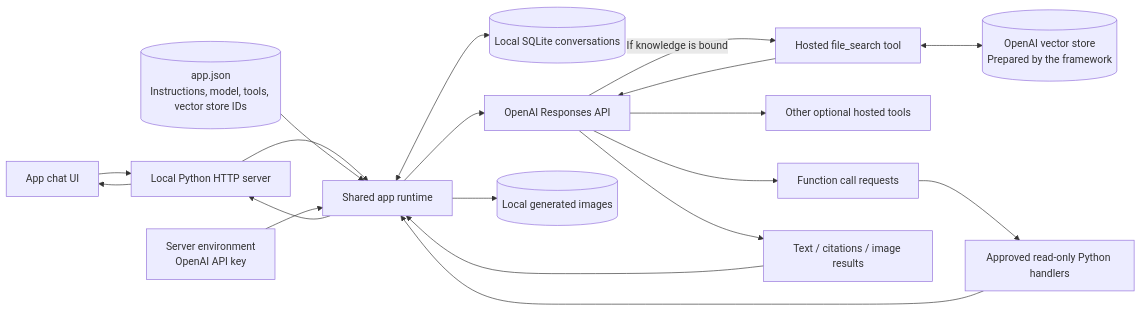
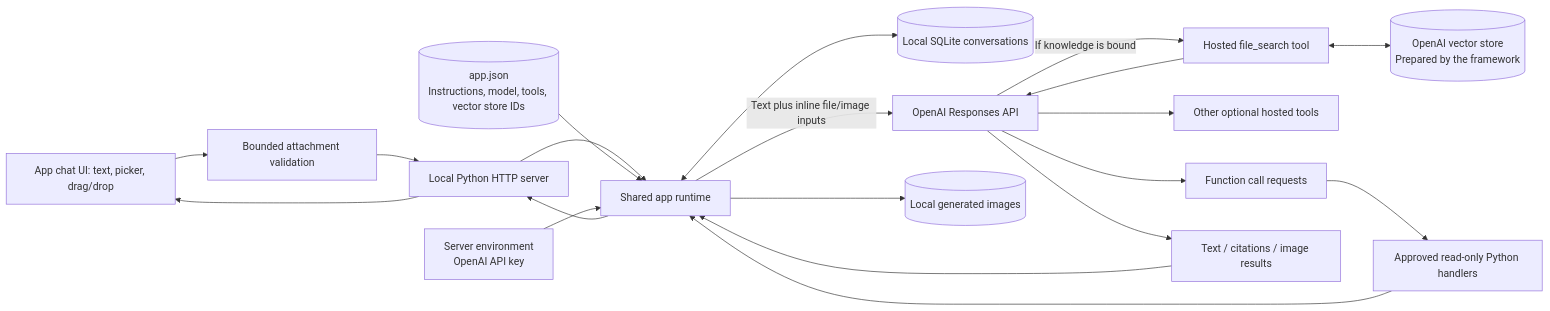
One commit to skarlekar/ai-app-studio changed the second of 2 diagrams in README.md. Above: the diagram before and after it, drawn with Mermaid. The commit also changed other lines of this file and 23 other files, not shown here.

````diff
--- a/README.md
+++ b/README.md
@@ -448,21 +450,22 @@
 ```mermaid
 flowchart LR
-    Browser[App chat UI] --> HTTP[Local Python HTTP server]
+    Browser[App chat UI: text, picker, drag/drop] --> Intake[Bounded attachment validation]
+    Intake --> HTTP[Local Python HTTP server]
     HTTP --> Runtime[Shared app runtime]
     Manifest[(app.json<br/>Instructions, model, tools, vector store IDs)] --> Runtime
     Environment[Server environment<br/>OpenAI API key] --> Runtime
     Runtime <--> SQLite[(Local SQLite conversations)]
-    Runtime --> Responses[OpenAI Responses API]
+    Runtime -->|Text plus inline file/image inputs| Responses[OpenAI Responses API]
     Responses -->|If knowledge is bound| FileSearch[Hosted file_search tool]
     FileSearch <--> Knowledge[(OpenAI vector store<br/>Prepared by the framework)]
     FileSearch --> Responses
     Responses --> Hosted[Other optional hosted tools]
     Responses --> Calls[Function call requests]
     Calls --> Registry[Approved read-only Python handlers]
     Registry --> Runtime
     Responses --> Results[Text / citations / image results]
     Results --> Runtime
     Runtime --> Assets[(Local generated images)]
     Runtime --> HTTP
     HTTP --> Browser
 ```
````
